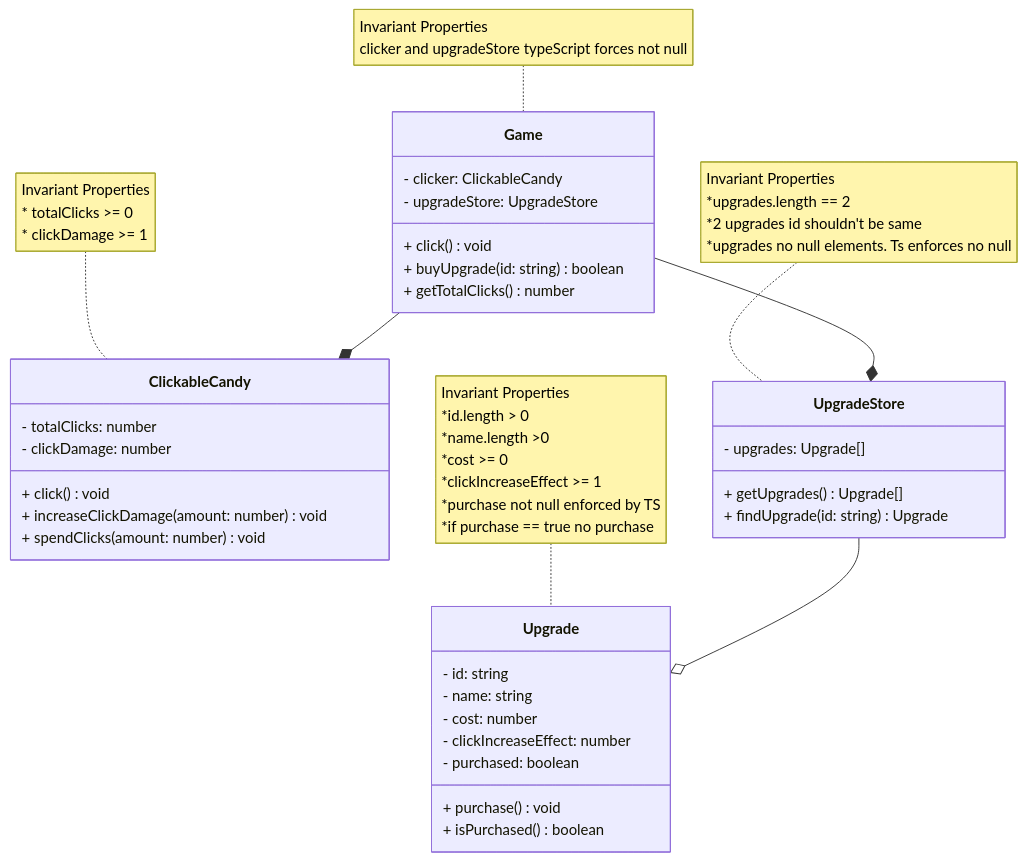
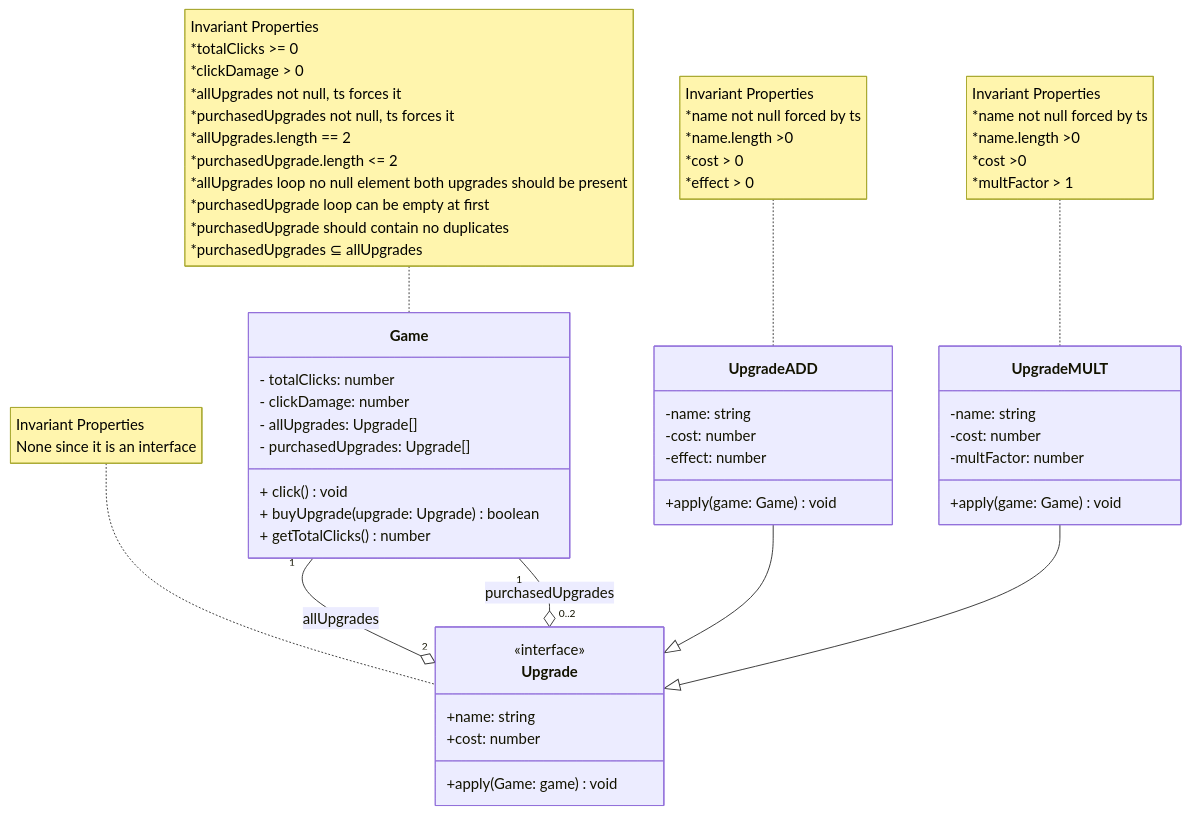
One commit to mahmudl-1/2452-Clicker changed the diagram in domain.md. Above: the diagram before and after it, drawn with Mermaid. The commit also changed 1 other file, not shown here.

Commit message:
phase 1 domainflows 2nd sub

````diff
--- a/domain.md
+++ b/domain.md
@@ -9,61 +9,74 @@
 ```mermaid
 classDiagram
     class Game{
         %% Assuming getters and constructors are placed
-        - clicker: ClickableCandy
-        - upgradeStore: UpgradeStore
+        - totalClicks: number
+        - clickDamage: number
+        - allUpgrades: Upgrade[]
+        - purchasedUpgrades: Upgrade[]
         + click() void
-        + buyUpgrade(id: string) boolean
+        %%Implements the upgrade, increases clicks and spends clicks
+        %%calls Upgrade apply
+        + buyUpgrade(upgrade: Upgrade) boolean
         + getTotalClicks() number
     }
     note for Game "Invariant Properties
-                    clicker and upgradeStore typeScript forces not null"   
+                    *totalClicks >= 0
+                    *clickDamage > 0
+                    *allUpgrades not null, ts forces it
+                    *purchasedUpgrades not null, ts forces it
+                    *allUpgrades.length == 2
+                    *purchasedUpgrade.length <= 2
+                    *allUpgrades loop no null element both upgrades should be present
+                    *purchasedUpgrade loop can be empty at first
+                    *purchasedUpgrade should contain no duplicates
+                    *purchasedUpgrades ⊆ allUpgrades"
     
-    class ClickableCandy{
-    %% Assuming getters and constructors are placed
-        - totalClicks: number
-        - clickDamage: number
-        + click() void
-        + increaseClickDamage(amount: number) void
-        + spendClicks(amount: number) void
+    class Upgrade{
+       <<interface>>
+       +name: string
+       +cost: number
+       +apply(Game: game) void
     }
-    note for ClickableCandy "Invariant Properties
-                             * totalClicks >= 0
-                             * clickDamage >= 1"                            
     
-    class UpgradeStore{
-        - upgrades: Upgrade[]
-        + getUpgrades() Upgrade[]
-        + findUpgrade(id: string) Upgrade
+    note for Upgrade "Invariant Properties
+                      None since it is an interface"
+    
+    class UpgradeADD{
+        -name: string
+        -cost: number
+        -effect: number
+        +apply(game: Game) void
     }
-    %%length == 2 because exactly 2 upgrades required
-    note for UpgradeStore "Invariant Properties
-                           *upgrades.length == 2
-                           *2 upgrades id shouldn't be same
-                           *upgrades no null elements. Ts enforces no null"
-                           
-    class Upgrade{
-        - id: string
-        - name: string
-        - cost: number
-        - clickIncreaseEffect: number
-        - purchased: boolean
-        + purchase() void
-        + isPurchased() boolean
+    
+    note for UpgradeADD "Invariant Properties
+                         *name not null forced by ts
+                         *name.length >0
+                         *cost > 0
+                         *effect > 0
+                        "       
+    
+    class UpgradeMULT{
+        -name: string
+        -cost: number
+        -multFactor: number
+        +apply(game: Game) void
     }
-    note for Upgrade "Invariant Properties
-                      *id.length > 0
-                      *name.length >0
-                      *cost >= 0
-                      *clickIncreaseEffect >= 1
-                      *purchase not null enforced by TS
-                      *if purchase == true no purchase"   
     
-%% Composition
-    %%Game is composed of ClickableCandy and UpgradeStore
-    Game --* ClickableCandy 
-    Game --* UpgradeStore
-%% Aggregation
-    UpgradeStore --o Upgrade
+    note for UpgradeMULT "Invariant Properties
+                          *name not null forced by ts
+                          *name.length >0
+                          *cost >0 
+                          *multFactor > 1
+                          "
+    
+ %%Cardinality Aggregation
+    Game "1" --o "2" Upgrade: allUpgrades
+    Game "1" --o "0..2" Upgrade: purchasedUpgrades
+     
+%% Implements
+    UpgradeADD --|> Upgrade
+    UpgradeMULT --|> Upgrade
+    
     
 ```
````
